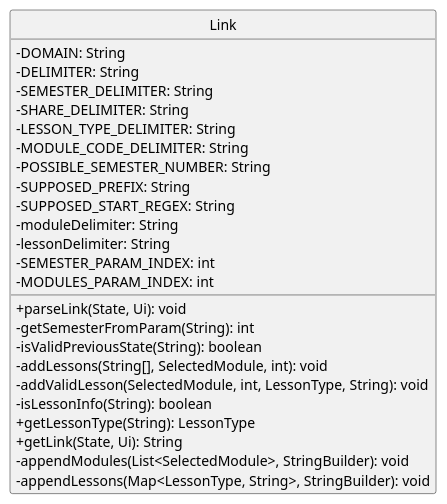
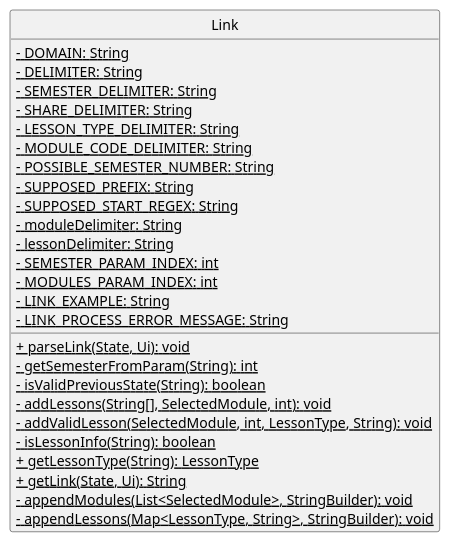
Before and after one commit to nus-cs2113-AY2223S1/tp: the diagram in docs/UMLdiagrams/linkClass.puml, drawn with PlantUML. The commit also changed 6 other files, not shown here.

Commit message:
Add uml diagrams

```diff
--- a/docs/UMLdiagrams/linkClass.puml
+++ b/docs/UMLdiagrams/linkClass.puml
@@ -1,32 +1,34 @@
 @startuml
 'https://plantuml.com/sequence-diagram
 hide circle
 skinparam classAttributeIconSize 0
 
 class Link {
-    - DOMAIN: String
-    - DELIMITER: String
-    - SEMESTER_DELIMITER: String
-    - SHARE_DELIMITER: String
-    - LESSON_TYPE_DELIMITER: String
-    - MODULE_CODE_DELIMITER: String
-    - POSSIBLE_SEMESTER_NUMBER: String
-    - SUPPOSED_PREFIX: String
-    - SUPPOSED_START_REGEX: String
-    - moduleDelimiter: String
-    - lessonDelimiter: String
-    - SEMESTER_PARAM_INDEX: int
-    - MODULES_PARAM_INDEX: int
+    <u>- DOMAIN: String
+    <u>- DELIMITER: String
+    <u>- SEMESTER_DELIMITER: String
+    <u>- SHARE_DELIMITER: String
+    <u>- LESSON_TYPE_DELIMITER: String
+    <u>- MODULE_CODE_DELIMITER: String
+    <u>- POSSIBLE_SEMESTER_NUMBER: String
+    <u>- SUPPOSED_PREFIX: String
+    <u>- SUPPOSED_START_REGEX: String
+    <u>- moduleDelimiter: String
+    <u>- lessonDelimiter: String
+    <u>- SEMESTER_PARAM_INDEX: int
+    <u>- MODULES_PARAM_INDEX: int
+    <u>- LINK_EXAMPLE: String
+    <u>- LINK_PROCESS_ERROR_MESSAGE: String
 
-    + parseLink(State, Ui): void
-    - getSemesterFromParam(String): int
-    - isValidPreviousState(String): boolean
-    - addLessons(String[], SelectedModule, int): void
-    - addValidLesson(SelectedModule, int, LessonType, String): void
-    - isLessonInfo(String): boolean
-    + getLessonType(String): LessonType
-    + getLink(State, Ui): String
-    - appendModules(List<SelectedModule>, StringBuilder): void
-    - appendLessons(Map<LessonType, String>, StringBuilder): void
+    <u>+ parseLink(State, Ui): void
+    <u>- getSemesterFromParam(String): int
+    <u>- isValidPreviousState(String): boolean
+    <u>- addLessons(String[], SelectedModule, int): void
+    <u>- addValidLesson(SelectedModule, int, LessonType, String): void
+    <u>- isLessonInfo(String): boolean
+    <u>+ getLessonType(String): LessonType
+    <u>+ getLink(State, Ui): String
+    <u>- appendModules(List<SelectedModule>, StringBuilder): void
+    <u>- appendLessons(Map<LessonType, String>, StringBuilder): void
 }
 @enduml
```
